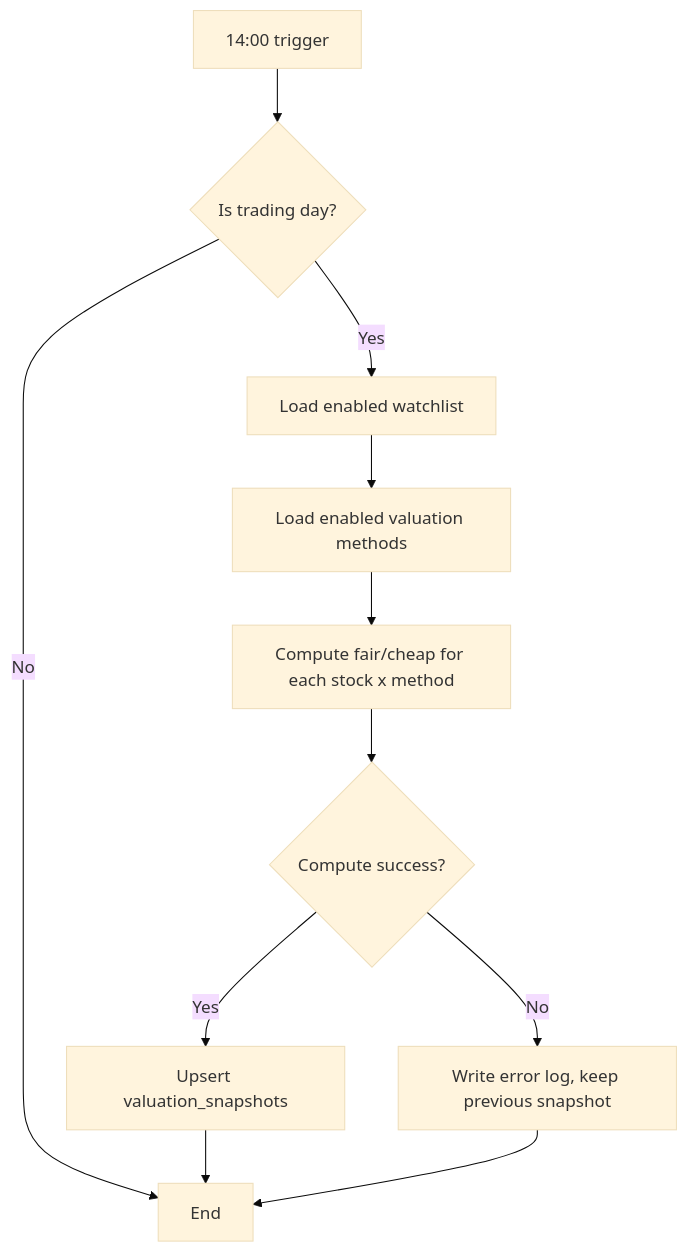
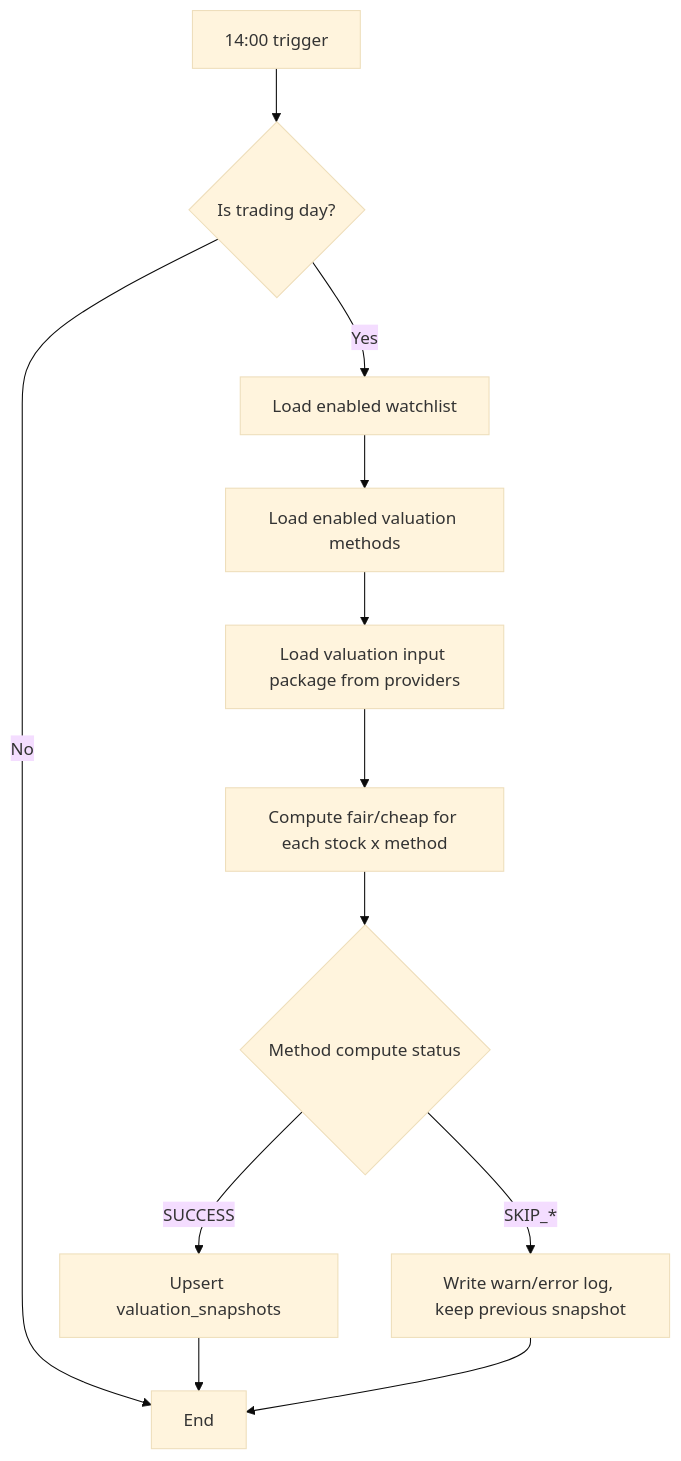
One commit to ibalasite/stock_monitor changed the third of 3 diagrams in EDD_Stock_Monitoring_System.md. Above: the diagram before and after it, drawn with Mermaid (base theme). The commit also changed other lines of this file and 38 other files, not shown here.

````diff
--- a/EDD_Stock_Monitoring_System.md
+++ b/EDD_Stock_Monitoring_System.md
@@ -129,13 +176,14 @@
 ```mermaid
 flowchart TD
     D[14:00 trigger] --> T{Is trading day?}
     T -- No --> END[End]
     T -- Yes --> W[Load enabled watchlist]
     W --> M[Load enabled valuation methods]
-    M --> C[Compute fair/cheap for each stock x method]
-    C --> R{Compute success?}
-    R -- Yes --> U[Upsert valuation_snapshots]
-    R -- No --> L[Write error log, keep previous snapshot]
+    M --> I[Load valuation input package from providers]
+    I --> C[Compute fair/cheap for each stock x method]
+    C --> R{Method compute status}
+    R -- SUCCESS --> U[Upsert valuation_snapshots]
+    R -- SKIP_* --> L[Write warn/error log, keep previous snapshot]
     U --> END
     L --> END
 ```
````
